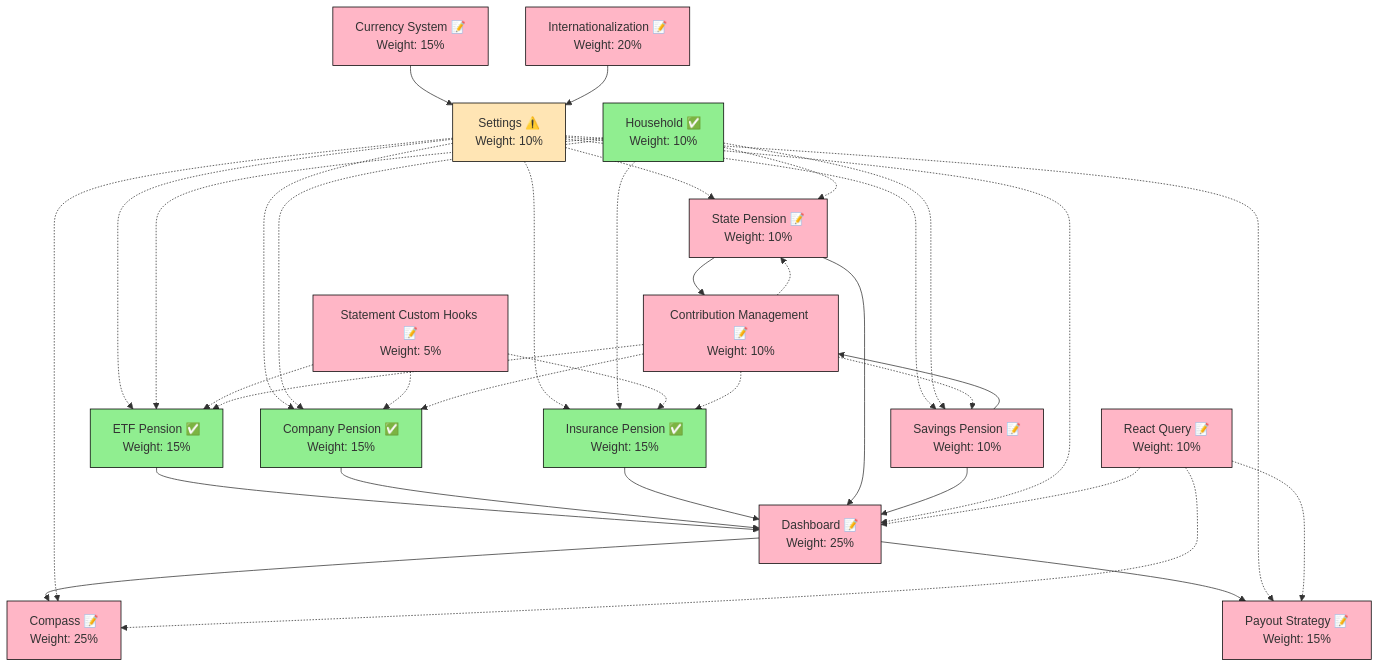
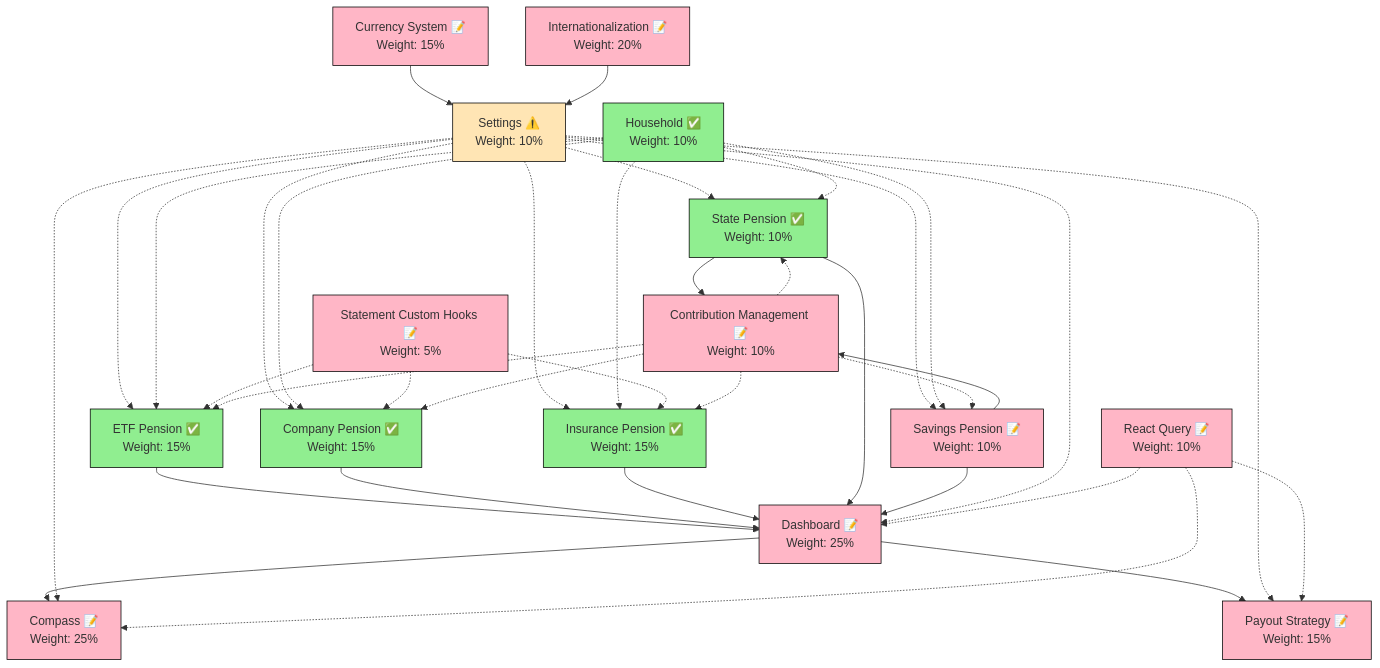
Before and after one commit to my-axel/goldfinch: the first of 2 diagrams in PROGRESS.md, drawn with Mermaid. The commit also changed other lines of this file and 9 other files, not shown here.

````diff
--- a/PROGRESS.md
+++ b/PROGRESS.md
@@ -155,61 +152,61 @@
 ```mermaid
 graph TD
     %% Core Modules
     ETF[ETF Pension ✅<br/>Weight: 15%] --> D
     CP[Company Pension ✅<br/>Weight: 15%] --> D
     IP[Insurance Pension ✅<br/>Weight: 15%] --> D
-    SP[State Pension 📝<br/>Weight: 10%] --> D
+    SP[State Pension ✅<br/>Weight: 10%] --> D
     SVP[Savings Pension 📝<br/>Weight: 10%] --> D
     D[Dashboard 📝<br/>Weight: 25%] --> C
     D --> PS
     
     %% Dependent Modules
     C[Compass 📝<br/>Weight: 25%]
     PS[Payout Strategy 📝<br/>Weight: 15%]
     
     %% Cross-Cutting Features
     CS[Currency System 📝<br/>Weight: 15%] --> S
     I18n[Internationalization 📝<br/>Weight: 20%] --> S
     
     %% Settings affects all modules
     S[Settings ⚠️<br/>Weight: 10%] -.-> ETF
     S -.-> CP
     S -.-> IP
     S -.-> SP
     S -.-> SVP
     S -.-> D
     S -.-> C
     S -.-> PS
     
     %% Household integration
     H[Household ✅<br/>Weight: 10%] -.-> ETF
     H -.-> CP
     H -.-> IP
     H -.-> SP
     H -.-> SVP
     
     %% Technical Improvements
     SCH[Statement Custom Hooks 📝<br/>Weight: 5%] -.-> ETF
     SCH -.-> CP
     SCH -.-> IP
     RQ[React Query 📝<br/>Weight: 10%] -.-> D
     RQ -.-> C
     RQ -.-> PS
     CM[Contribution Management 📝<br/>Weight: 10%] -.-> ETF
     CM -.-> CP
     CM -.-> IP
     CM -.-> SP
     CM -.-> SVP
     
     %% Dependencies for Contribution Management
     SP --> CM
     SVP --> CM
     
     %% Styling
     classDef complete fill:#90EE90,stroke:#000
     classDef partial fill:#FFE5B4,stroke:#000
     classDef notStarted fill:#FFB6C6,stroke:#000
-    class ETF,H,CP,IP complete
+    class ETF,H,CP,IP,SP complete
     class S partial
-    class SP,SVP,CS,I18n,D,C,PS,SCH,RQ,CM notStarted
+    class SVP,CS,I18n,D,C,PS,SCH,RQ,CM notStarted
 ```
````
